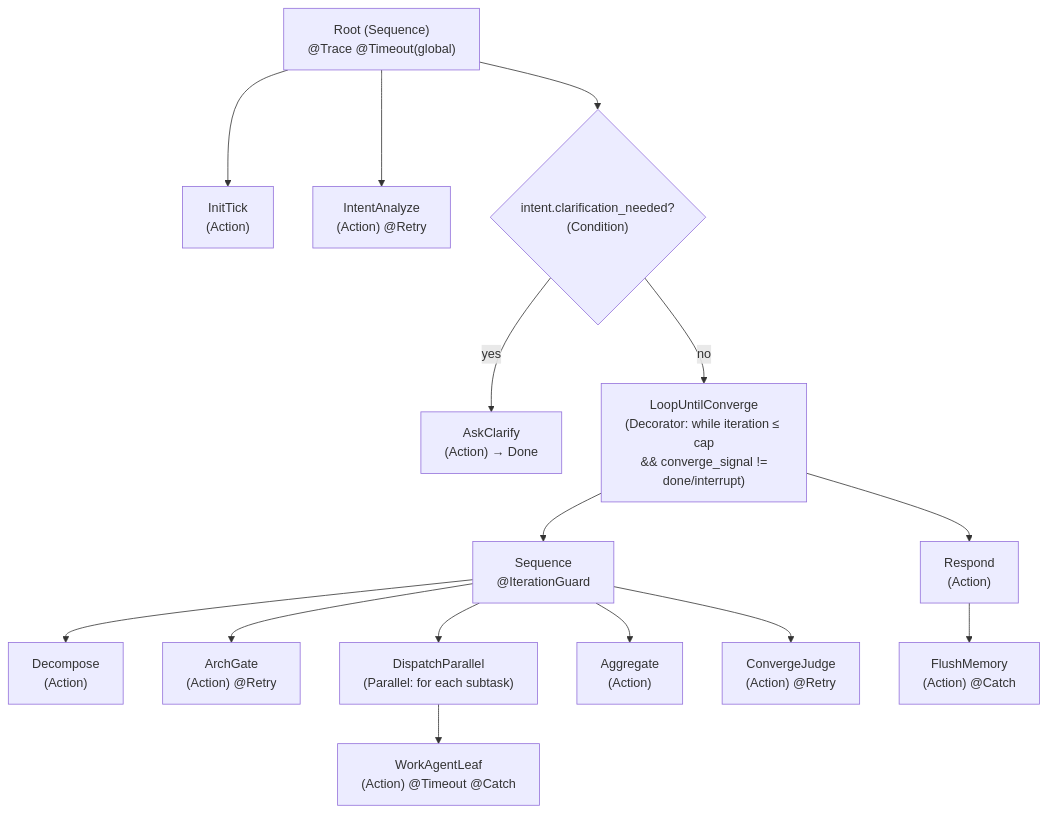
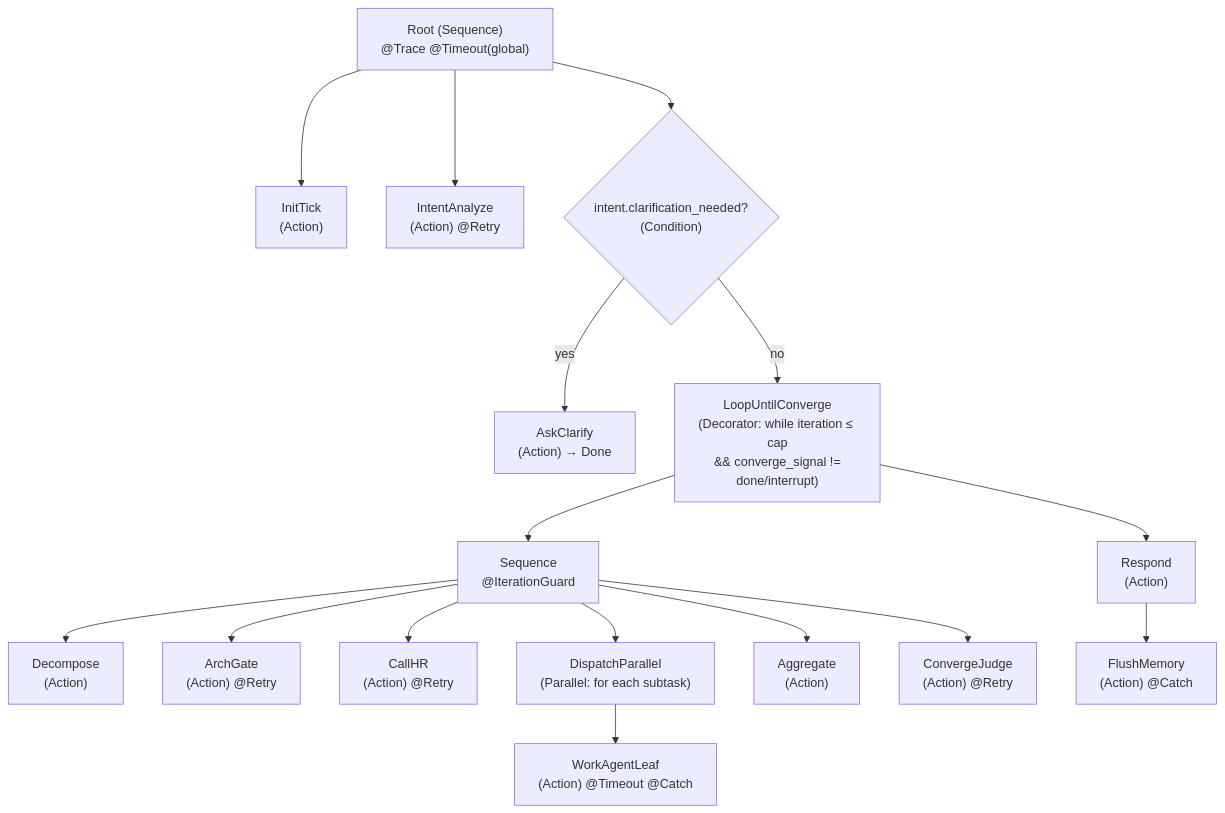
Before and after one commit to nan023062/agent-team-cc: the first of 2 diagrams in design/WORKFLOW-EXECUTION.zh-CN.md, drawn with Mermaid. The commit also changed other lines of this file and 9 other files, not shown here.

````diff
--- a/design/WORKFLOW-EXECUTION.zh-CN.md
+++ b/design/WORKFLOW-EXECUTION.zh-CN.md
@@ -75,23 +76,24 @@
 ```mermaid
 flowchart TD
     Root["Root (Sequence)<br/>@Trace @Timeout(global)"]
 
     Root --> Init["InitTick<br/>(Action)"]
     Root --> Intent["IntentAnalyze<br/>(Action) @Retry"]
     Root --> ClarifyCheck{"intent.clarification_needed?<br/>(Condition)"}
     ClarifyCheck -->|yes| AskUser["AskClarify<br/>(Action) → Done"]
     ClarifyCheck -->|no| LoopRoot
 
     LoopRoot["LoopUntilConverge<br/>(Decorator: while iteration ≤ cap<br/> && converge_signal != done/interrupt)"]
     LoopRoot --> LoopSeq["Sequence<br/>@IterationGuard"]
 
     LoopSeq --> Decompose["Decompose<br/>(Action)"]
     LoopSeq --> ArchGate["ArchGate<br/>(Action) @Retry"]
+    LoopSeq --> CallHR["CallHR<br/>(Action) @Retry"]
     LoopSeq --> Dispatch["DispatchParallel<br/>(Parallel: for each subtask)"]
     Dispatch --> WA["WorkAgentLeaf<br/>(Action) @Timeout @Catch"]
     LoopSeq --> Aggregate["Aggregate<br/>(Action)"]
     LoopSeq --> Converge["ConvergeJudge<br/>(Action) @Retry"]
 
     LoopRoot --> Respond["Respond<br/>(Action)"]
     Respond --> Flush["FlushMemory<br/>(Action) @Catch"]
 ```
````
